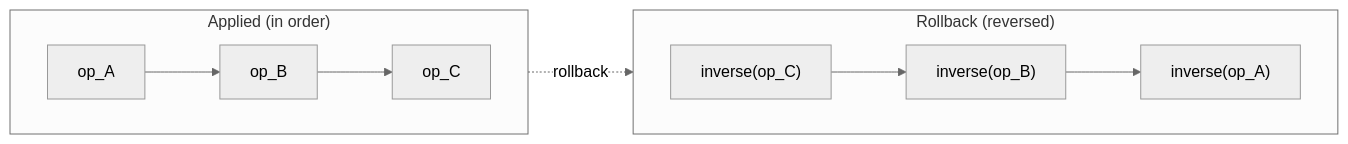
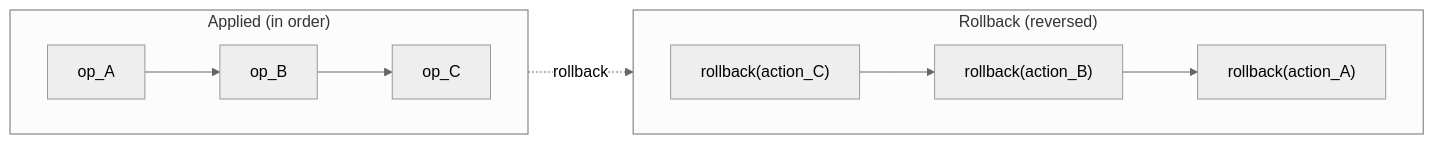
Before and after one commit to qortoo/qortoo-rs: the second of 3 diagrams in docs/transaction-and-rollback.md, drawn with Mermaid (neutral theme). The commit also changed other lines of this file and 44 other files, not shown here.

````diff
--- a/docs/transaction-and-rollback.md
+++ b/docs/transaction-and-rollback.md
@@ -67,12 +78,12 @@
 ```mermaid
 flowchart LR
     subgraph applied["Applied (in order)"]
         direction LR
         A[op_A] --> B[op_B] --> C[op_C]
     end
     subgraph rollback["Rollback (reversed)"]
         direction LR
-        D["inverse(op_C)"] --> E["inverse(op_B)"] --> F["inverse(op_A)"]
+        D["rollback(action_C)"] --> E["rollback(action_B)"] --> F["rollback(action_A)"]
     end
     applied -.->|rollback| rollback
 ```
````
